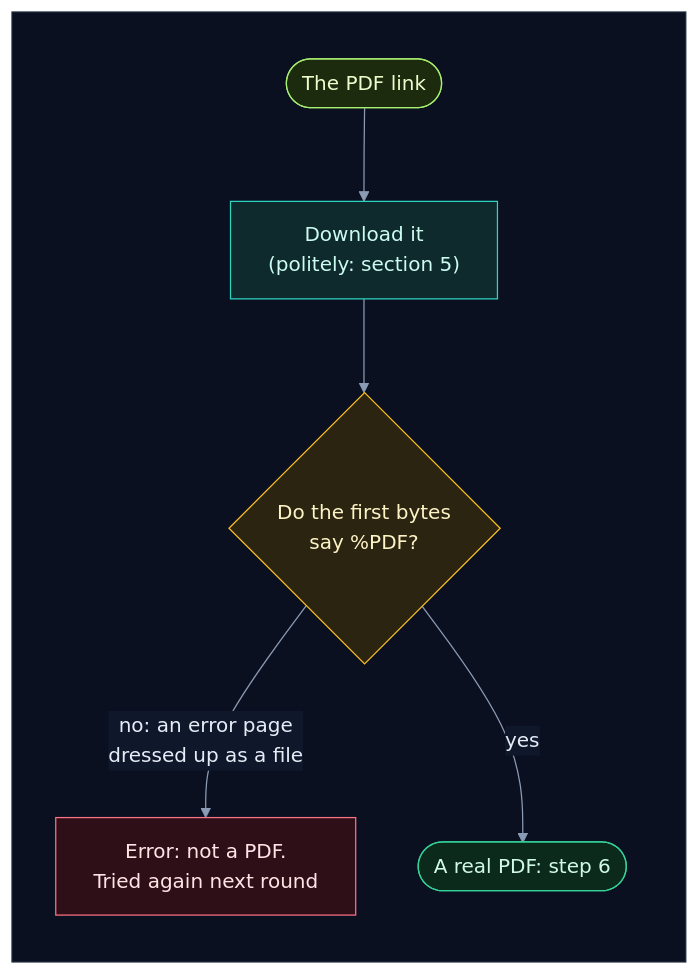
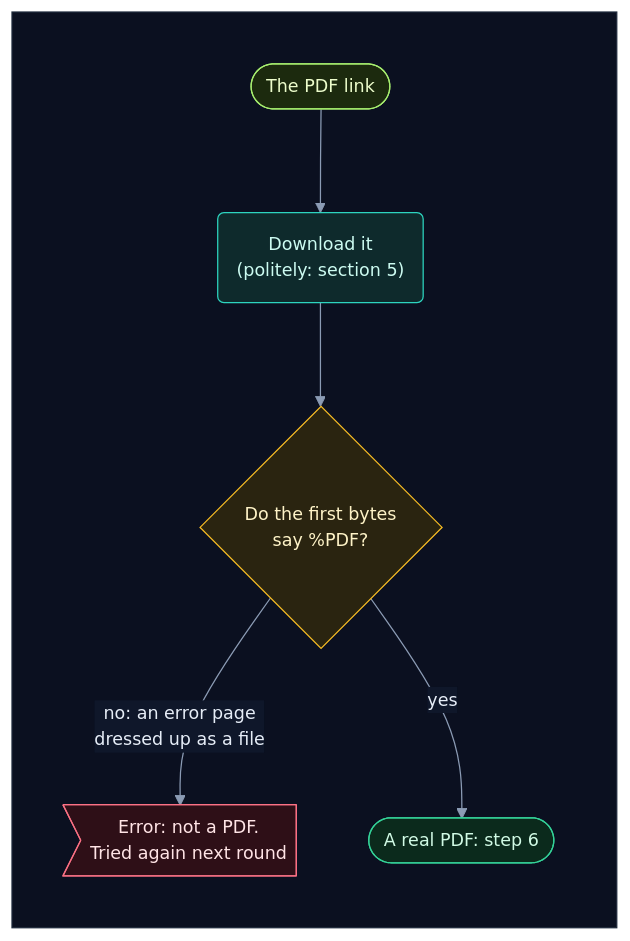
The seventh of 18 diagrams in how_the_watcher_works.md (selvakumarperumal/Regulatory_Circular_Impact_Agent), drawn with Mermaid before and after one commit. The commit also changed other lines of this file and 5 other files, not shown here.

Commit message:
Give the docs' flowcharts a shape per kind of part, more room and slightly smaller text

````diff
--- a/how_the_watcher_works.md
+++ b/how_the_watcher_works.md
@@ -318,27 +318,27 @@
 ```mermaid
-%%{init: {"theme": "base", "flowchart": {"diagramPadding": 0}, "themeVariables": {"darkMode": true, "primaryColor": "#16213a", "primaryTextColor": "#e6edf7", "primaryBorderColor": "#475a7a", "lineColor": "#8b9bb4", "secondaryColor": "#1b2436", "tertiaryColor": "#101a2e", "edgeLabelBackground": "#0f172a", "textColor": "#e2e8f0", "clusterBkg": "#0f1728", "clusterBorder": "#2b3a55", "titleColor": "#c4b5fd", "nodeTextColor": "#e6edf7"}}}%%
+%%{init: {"theme": "base", "flowchart": {"diagramPadding": 0, "nodeSpacing": 58, "rankSpacing": 58, "curve": "basis"}, "themeVariables": {"fontSize": "14px", "darkMode": true, "primaryColor": "#16213a", "primaryTextColor": "#e6edf7", "primaryBorderColor": "#475a7a", "lineColor": "#8b9bb4", "secondaryColor": "#1b2436", "tertiaryColor": "#101a2e", "edgeLabelBackground": "#0f172a", "textColor": "#e2e8f0", "clusterBkg": "#0f1728", "clusterBorder": "#2b3a55", "titleColor": "#c4b5fd", "nodeTextColor": "#e6edf7"}}}%%
 flowchart TD
     subgraph canvas[" "]
         direction TB
-        a(["The PDF link"]) --> b["Download it<br/>(politely: section 5)"]
+        a(["The PDF link"]) --> b("Download it<br/>(politely: section 5)")
         b --> c{"Do the first bytes<br/>say %PDF?"}
-        c -->|"no: an error page<br/>dressed up as a file"| d["Error: not a PDF.<br/>Tried again next round"]
+        c -->|"no: an error page<br/>dressed up as a file"| d>"Error: not a PDF.<br/>Tried again next round"]
         c -->|"yes"| e(["A real PDF: step 6"])
     end
     classDef svc fill:#0e2a2c,stroke:#2dd4bf,color:#ccfbf1
     classDef data fill:#1c1a47,stroke:#818cf8,color:#e0e7ff
     classDef ext fill:#2a1640,stroke:#c084fc,color:#f3e8ff
     classDef gpu fill:#2d1b0c,stroke:#fb923c,color:#ffedd5
     classDef ask fill:#2a2410,stroke:#fbbf24,color:#fef3c7
     classDef ok fill:#0b2a1c,stroke:#34d399,color:#d1fae5
     classDef bad fill:#2e0f17,stroke:#fb7185,color:#ffe4e6
     classDef start fill:#1c2a0e,stroke:#a7ef6f,color:#ecfccb
     classDef muted fill:#1a2130,stroke:#64748b,color:#cbd5e1
     classDef queue fill:#0c2231,stroke:#38bdf8,color:#e0f2fe
     class a start
     class b svc
     class c ask
     class d bad
     class e ok
     style canvas fill:#0b1020,stroke:#1e293b,color:#0b1020
 ```
````
